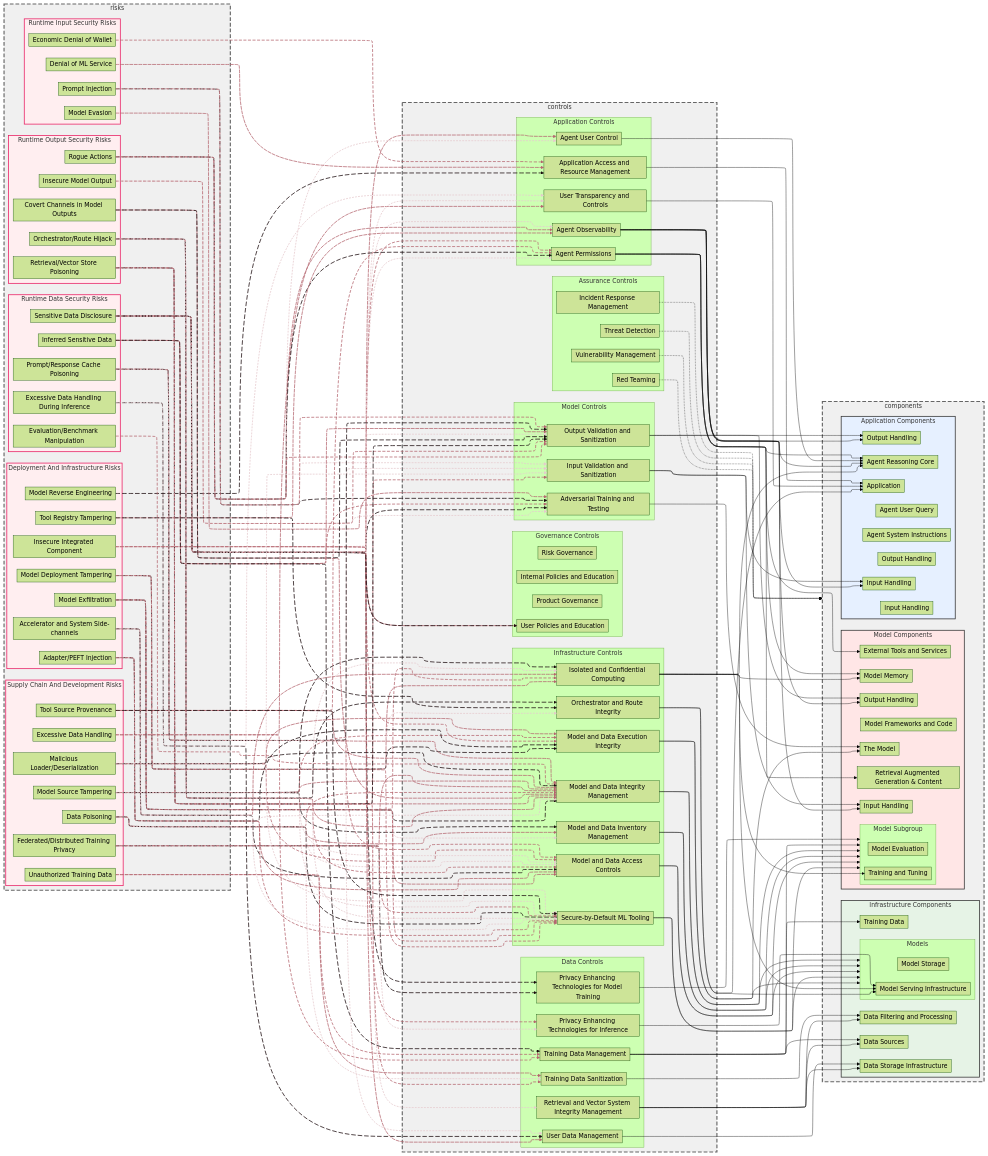
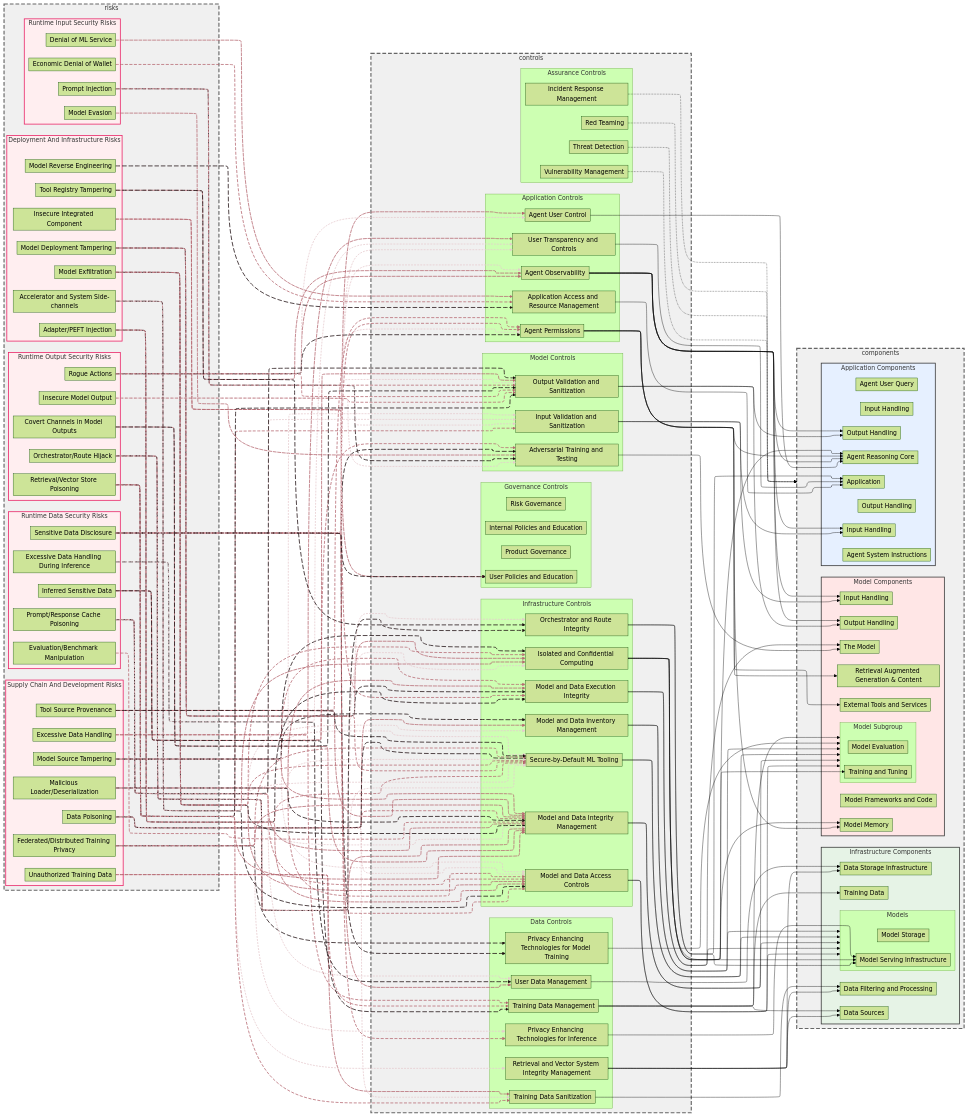
Before and after one commit to davidlabianca/secure-ai-tooling: the diagram in risk-map/diagrams/controls-to-risk-graph.mermaid, drawn with Mermaid (forest theme). The commit also changed 24 other files, not shown here.

```diff
--- a/risk-map/diagrams/controls-to-risk-graph.mermaid
+++ b/risk-map/diagrams/controls-to-risk-graph.mermaid
@@ -13,46 +13,46 @@
 
     subgraph risks
     subgraph risksSupplyChainAndDevelopment ["Supply Chain And Development Risks"]
-        DP[Data Poisoning]
-        EDH[Excessive Data Handling]
-        FLP[Federated/Distributed Training Privacy]
-        MLD[Malicious Loader/Deserialization]
-        MST[Model Source Tampering]
-        TSP[Tool Source Provenance]
-        UTD[Unauthorized Training Data]
+        riskDataPoisoning[Data Poisoning]
+        riskExcessiveDataHandling[Excessive Data Handling]
+        riskFederatedDistributedTrainingPrivacy[Federated/Distributed Training Privacy]
+        riskMaliciousLoaderDeserialization[Malicious Loader/Deserialization]
+        riskModelSourceTampering[Model Source Tampering]
+        riskToolSourceProvenance[Tool Source Provenance]
+        riskUnauthorizedTrainingData[Unauthorized Training Data]
     end
 
     subgraph risksRuntimeDataSecurity ["Runtime Data Security Risks"]
-        EBM[Evaluation/Benchmark Manipulation]
-        EDH-I[Excessive Data Handling During Inference]
-        ISD[Inferred Sensitive Data]
-        PCP[Prompt/Response Cache Poisoning]
-        SDD[Sensitive Data Disclosure]
+        riskEvaluationBenchmarkManipulation[Evaluation/Benchmark Manipulation]
+        riskExcessiveDataHandlingDuringInference[Excessive Data Handling During Inference]
+        riskInferredSensitiveData[Inferred Sensitive Data]
+        riskPromptResponseCachePoisoning[Prompt/Response Cache Poisoning]
+        riskSensitiveDataDisclosure[Sensitive Data Disclosure]
     end
 
     subgraph risksDeploymentAndInfrastructure ["Deployment And Infrastructure Risks"]
-        ADI[Adapter/PEFT Injection]
-        ASSC[Accelerator and System Side-channels]
-        IIC[Insecure Integrated Component]
-        MDT[Model Deployment Tampering]
-        MRE[Model Reverse Engineering]
-        MXF[Model Exfiltration]
-        TRT[Tool Registry Tampering]
+        riskAcceleratorAndSystemSideChannels[Accelerator and System Side-channels]
+        riskAdapterPEFTInjection[Adapter/PEFT Injection]
+        riskInsecureIntegratedComponent[Insecure Integrated Component]
+        riskModelDeploymentTampering[Model Deployment Tampering]
+        riskModelExfiltration[Model Exfiltration]
+        riskModelReverseEngineering[Model Reverse Engineering]
+        riskToolRegistryTampering[Tool Registry Tampering]
     end
 
     subgraph risksRuntimeInputSecurity ["Runtime Input Security Risks"]
-        DMS[Denial of ML Service]
-        EDW[Economic Denial of Wallet]
-        MEV[Model Evasion]
-        PIJ[Prompt Injection]
+        riskDenialOfMLService[Denial of ML Service]
+        riskEconomicDenialOfWallet[Economic Denial of Wallet]
+        riskModelEvasion[Model Evasion]
+        riskPromptInjection[Prompt Injection]
     end
 
     subgraph risksRuntimeOutputSecurity ["Runtime Output Security Risks"]
-        COV[Covert Channels in Model Outputs]
-        IMO[Insecure Model Output]
-        ORH[Orchestrator/Route Hijack]
-        RA[Rogue Actions]
-        RVP[Retrieval/Vector Store Poisoning]
+        riskCovertChannelsInModelOutputs[Covert Channels in Model Outputs]
+        riskInsecureModelOutput[Insecure Model Output]
+        riskOrchestratorRouteHijacking[Orchestrator/Route Hijack]
+        riskRetrievalVectorStorePoisoning[Retrieval/Vector Store Poisoning]
+        riskRogueActions[Rogue Actions]
     end
 
     end
@@ -148,100 +148,100 @@
     end
 
     %% Risk to Control relationships
-    DP --> controlModelAndDataAccessControls
-    DP --> controlModelAndDataIntegrityManagement
-    DP --> controlModelAndDataInventoryManagement
-    DP --> controlSecureByDefaultMLTooling
-    DP --> controlTrainingDataSanitization
-    UTD --> controlTrainingDataManagement
-    UTD --> controlTrainingDataSanitization
-    MST --> controlIsolatedConfidentialComputing
-    MST --> controlModelAndDataAccessControls
-    MST --> controlModelAndDataExecutionIntegrity
-    MST --> controlModelAndDataIntegrityManagement
-    MST --> controlModelAndDataInventoryManagement
-    MST --> controlSecureByDefaultMLTooling
-    EDH --> controlTrainingDataManagement
-    EDH --> controlUserTransparencyAndControls
-    EDH-I --> controlUserDataManagement
-    EDH-I --> controlUserTransparencyAndControls
-    MXF --> controlIsolatedConfidentialComputing
-    MXF --> controlModelAndDataAccessControls
-    MXF --> controlModelAndDataIntegrityManagement
-    MXF --> controlModelAndDataInventoryManagement
-    MXF --> controlSecureByDefaultMLTooling
-    MDT --> controlIsolatedConfidentialComputing
-    MDT --> controlModelAndDataExecutionIntegrity
-    MDT --> controlOrchestratorAndRouteIntegrity
-    MDT --> controlSecureByDefaultMLTooling
-    DMS --> controlApplicationAccessManagement
-    MRE --> controlApplicationAccessManagement
-    IIC --> controlAgentPluginPermissions
-    IIC --> controlModelAndDataExecutionIntegrity
-    IIC --> controlUserPoliciesAndEducation
-    PIJ --> controlAdversarialTrainingAndTesting
-    PIJ --> controlInputValidationAndSanitization
-    PIJ --> controlOutputValidationAndSanitization
-    MEV --> controlAdversarialTrainingAndTesting
-    SDD --> controlAdversarialTrainingAndTesting
-    SDD --> controlAgentObservability
-    SDD --> controlAgentPluginPermissions
-    SDD --> controlAgentPluginUserControl
-    SDD --> controlModelPrivacyEnhancingTechnologies
-    SDD --> controlOutputValidationAndSanitization
-    SDD --> controlRuntimePrivacyEnhancingTechnologies
-    SDD --> controlUserDataManagement
-    SDD --> controlUserPoliciesAndEducation
-    SDD --> controlUserTransparencyAndControls
-    ISD --> controlAdversarialTrainingAndTesting
-    ISD --> controlOutputValidationAndSanitization
-    ISD --> controlTrainingDataManagement
-    IMO --> controlAdversarialTrainingAndTesting
-    IMO --> controlOutputValidationAndSanitization
-    RA --> controlAgentObservability
-    RA --> controlAgentPluginPermissions
-    RA --> controlAgentPluginUserControl
-    RA --> controlOutputValidationAndSanitization
-    ASSC --> controlIsolatedConfidentialComputing
-    ASSC --> controlModelAndDataAccessControls
-    ASSC --> controlSecureByDefaultMLTooling
-    EDW --> controlApplicationAccessManagement
-    FLP --> controlModelAndDataIntegrityManagement
-    FLP --> controlModelPrivacyEnhancingTechnologies
-    FLP --> controlRuntimePrivacyEnhancingTechnologies
-    FLP --> controlSecureByDefaultMLTooling
-    ADI --> controlModelAndDataAccessControls
-    ADI --> controlModelAndDataExecutionIntegrity
-    ADI --> controlModelAndDataIntegrityManagement
-    ADI --> controlSecureByDefaultMLTooling
-    TRT --> controlAgentObservability
-    TRT --> controlOrchestratorAndRouteIntegrity
-    ORH --> controlIsolatedConfidentialComputing
-    ORH --> controlModelAndDataAccessControls
-    ORH --> controlModelAndDataIntegrityManagement
-    ORH --> controlOrchestratorAndRouteIntegrity
-    ORH --> controlSecureByDefaultMLTooling
-    EBM --> controlModelAndDataIntegrityManagement
-    COV --> controlModelAndDataIntegrityManagement
-    COV --> controlOutputValidationAndSanitization
-    MLD --> controlInputValidationAndSanitization
-    MLD --> controlModelAndDataAccessControls
-    MLD --> controlModelAndDataExecutionIntegrity
-    MLD --> controlModelAndDataIntegrityManagement
-    MLD --> controlSecureByDefaultMLTooling
-    TSP --> controlAgentPluginPermissions
-    TSP --> controlModelAndDataIntegrityManagement
-    TSP --> controlSecureByDefaultMLTooling
-    PCP --> controlInputValidationAndSanitization
-    PCP --> controlModelAndDataAccessControls
-    PCP --> controlModelAndDataIntegrityManagement
-    PCP --> controlOutputValidationAndSanitization
-    PCP --> controlUserDataManagement
-    RVP --> controlInputValidationAndSanitization
-    RVP --> controlModelAndDataIntegrityManagement
-    RVP --> controlOutputValidationAndSanitization
-    RVP --> controlRetrievalAndVectorSystemIntegrity
-    RVP --> controlTrainingDataSanitization
+    riskDataPoisoning --> controlModelAndDataAccessControls
+    riskDataPoisoning --> controlModelAndDataIntegrityManagement
+    riskDataPoisoning --> controlModelAndDataInventoryManagement
+    riskDataPoisoning --> controlSecureByDefaultMLTooling
+    riskDataPoisoning --> controlTrainingDataSanitization
+    riskUnauthorizedTrainingData --> controlTrainingDataManagement
+    riskUnauthorizedTrainingData --> controlTrainingDataSanitization
+    riskModelSourceTampering --> controlIsolatedConfidentialComputing
+    riskModelSourceTampering --> controlModelAndDataAccessControls
+    riskModelSourceTampering --> controlModelAndDataExecutionIntegrity
+    riskModelSourceTampering --> controlModelAndDataIntegrityManagement
+    riskModelSourceTampering --> controlModelAndDataInventoryManagement
+    riskModelSourceTampering --> controlSecureByDefaultMLTooling
+    riskExcessiveDataHandling --> controlTrainingDataManagement
+    riskExcessiveDataHandling --> controlUserTransparencyAndControls
+    riskExcessiveDataHandlingDuringInference --> controlUserDataManagement
+    riskExcessiveDataHandlingDuringInference --> controlUserTransparencyAndControls
+    riskModelExfiltration --> controlIsolatedConfidentialComputing
+    riskModelExfiltration --> controlModelAndDataAccessControls
+    riskModelExfiltration --> controlModelAndDataIntegrityManagement
+    riskModelExfiltration --> controlModelAndDataInventoryManagement
+    riskModelExfiltration --> controlSecureByDefaultMLTooling
+    riskModelDeploymentTampering --> controlIsolatedConfidentialComputing
+    riskModelDeploymentTampering --> controlModelAndDataExecutionIntegrity
+    riskModelDeploymentTampering --> controlOrchestratorAndRouteIntegrity
+    riskModelDeploymentTampering --> controlSecureByDefaultMLTooling
+    riskDenialOfMLService --> controlApplicationAccessManagement
+    riskModelReverseEngineering --> controlApplicationAccessManagement
+    riskInsecureIntegratedComponent --> controlAgentPluginPermissions
+    riskInsecureIntegratedComponent --> controlModelAndDataExecutionIntegrity
+    riskInsecureIntegratedComponent --> controlUserPoliciesAndEducation
+    riskPromptInjection --> controlAdversarialTrainingAndTesting
+    riskPromptInjection --> controlInputValidationAndSanitization
+    riskPromptInjection --> controlOutputValidationAndSanitization
+    riskModelEvasion --> controlAdversarialTrainingAndTesting
+    riskSensitiveDataDisclosure --> controlAdversarialTrainingAndTesting
+    riskSensitiveDataDisclosure --> controlAgentObservability
+    riskSensitiveDataDisclosure --> controlAgentPluginPermissions
+    riskSensitiveDataDisclosure --> controlAgentPluginUserControl
+    riskSensitiveDataDisclosure --> controlModelPrivacyEnhancingTechnologies
+    riskSensitiveDataDisclosure --> controlOutputValidationAndSanitization
+    riskSensitiveDataDisclosure --> controlRuntimePrivacyEnhancingTechnologies
+    riskSensitiveDataDisclosure --> controlUserDataManagement
+    riskSensitiveDataDisclosure --> controlUserPoliciesAndEducation
+    riskSensitiveDataDisclosure --> controlUserTransparencyAndControls
+    riskInferredSensitiveData --> controlAdversarialTrainingAndTesting
+    riskInferredSensitiveData --> controlOutputValidationAndSanitization
+    riskInferredSensitiveData --> controlTrainingDataManagement
+    riskInsecureModelOutput --> controlAdversarialTrainingAndTesting
+    riskInsecureModelOutput --> controlOutputValidationAndSanitization
+    riskRogueActions --> controlAgentObservability
+    riskRogueActions --> controlAgentPluginPermissions
+    riskRogueActions --> controlAgentPluginUserControl
+    riskRogueActions --> controlOutputValidationAndSanitization
+    riskAcceleratorAndSystemSideChannels --> controlIsolatedConfidentialComputing
+    riskAcceleratorAndSystemSideChannels --> controlModelAndDataAccessControls
+    riskAcceleratorAndSystemSideChannels --> controlSecureByDefaultMLTooling
+    riskEconomicDenialOfWallet --> controlApplicationAccessManagement
+    riskFederatedDistributedTrainingPrivacy --> controlModelAndDataIntegrityManagement
+    riskFederatedDistributedTrainingPrivacy --> controlModelPrivacyEnhancingTechnologies
+    riskFederatedDistributedTrainingPrivacy --> controlRuntimePrivacyEnhancingTechnologies
+    riskFederatedDistributedTrainingPrivacy --> controlSecureByDefaultMLTooling
+    riskAdapterPEFTInjection --> controlModelAndDataAccessControls
+    riskAdapterPEFTInjection --> controlModelAndDataExecutionIntegrity
+    riskAdapterPEFTInjection --> controlModelAndDataIntegrityManagement
+    riskAdapterPEFTInjection --> controlSecureByDefaultMLTooling
+    riskToolRegistryTampering --> controlAgentObservability
+    riskToolRegistryTampering --> controlOrchestratorAndRouteIntegrity
+    riskOrchestratorRouteHijacking --> controlIsolatedConfidentialComputing
+    riskOrchestratorRouteHijacking --> controlModelAndDataAccessControls
+    riskOrchestratorRouteHijacking --> controlModelAndDataIntegrityManagement
+    riskOrchestratorRouteHijacking --> controlOrchestratorAndRouteIntegrity
+    riskOrchestratorRouteHijacking --> controlSecureByDefaultMLTooling
+    riskEvaluationBenchmarkManipulation --> controlModelAndDataIntegrityManagement
+    riskCovertChannelsInModelOutputs --> controlModelAndDataIntegrityManagement
+    riskCovertChannelsInModelOutputs --> controlOutputValidationAndSanitization
+    riskMaliciousLoaderDeserialization --> controlInputValidationAndSanitization
+    riskMaliciousLoaderDeserialization --> controlModelAndDataAccessControls
+    riskMaliciousLoaderDeserialization --> controlModelAndDataExecutionIntegrity
+    riskMaliciousLoaderDeserialization --> controlModelAndDataIntegrityManagement
+    riskMaliciousLoaderDeserialization --> controlSecureByDefaultMLTooling
+    riskToolSourceProvenance --> controlAgentPluginPermissions
+    riskToolSourceProvenance --> controlModelAndDataIntegrityManagement
+    riskToolSourceProvenance --> controlSecureByDefaultMLTooling
+    riskPromptResponseCachePoisoning --> controlInputValidationAndSanitization
+    riskPromptResponseCachePoisoning --> controlModelAndDataAccessControls
+    riskPromptResponseCachePoisoning --> controlModelAndDataIntegrityManagement
+    riskPromptResponseCachePoisoning --> controlOutputValidationAndSanitization
+    riskPromptResponseCachePoisoning --> controlUserDataManagement
+    riskRetrievalVectorStorePoisoning --> controlInputValidationAndSanitization
+    riskRetrievalVectorStorePoisoning --> controlModelAndDataIntegrityManagement
+    riskRetrievalVectorStorePoisoning --> controlOutputValidationAndSanitization
+    riskRetrievalVectorStorePoisoning --> controlRetrievalAndVectorSystemIntegrity
+    riskRetrievalVectorStorePoisoning --> controlTrainingDataSanitization
 
     %% Control to Component relationships (reused from ControlGraph)
     controlModelPrivacyEnhancingTechnologies --> componentsModelSubgroup
```
